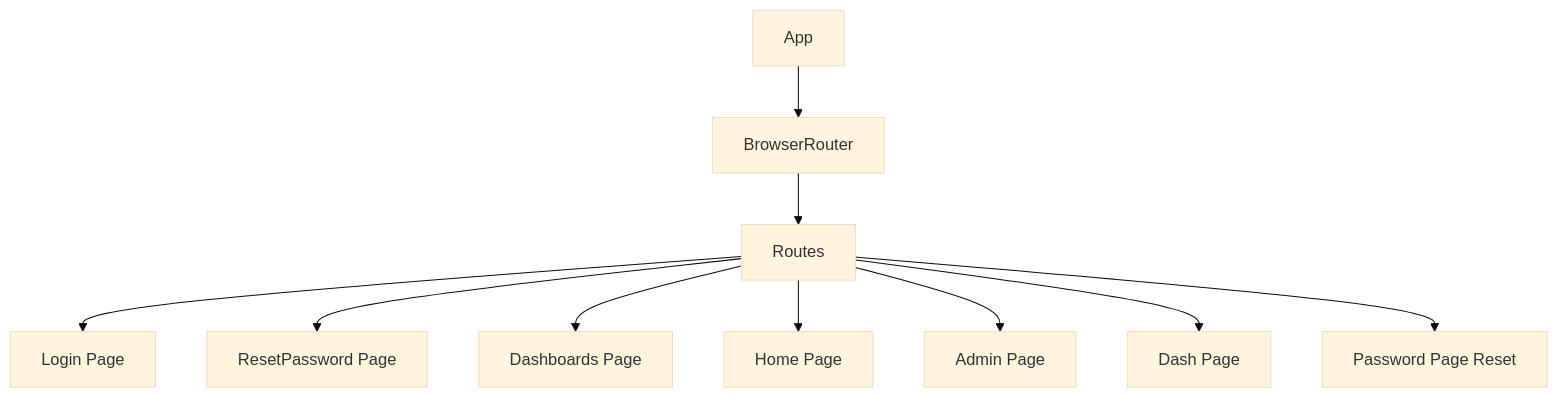
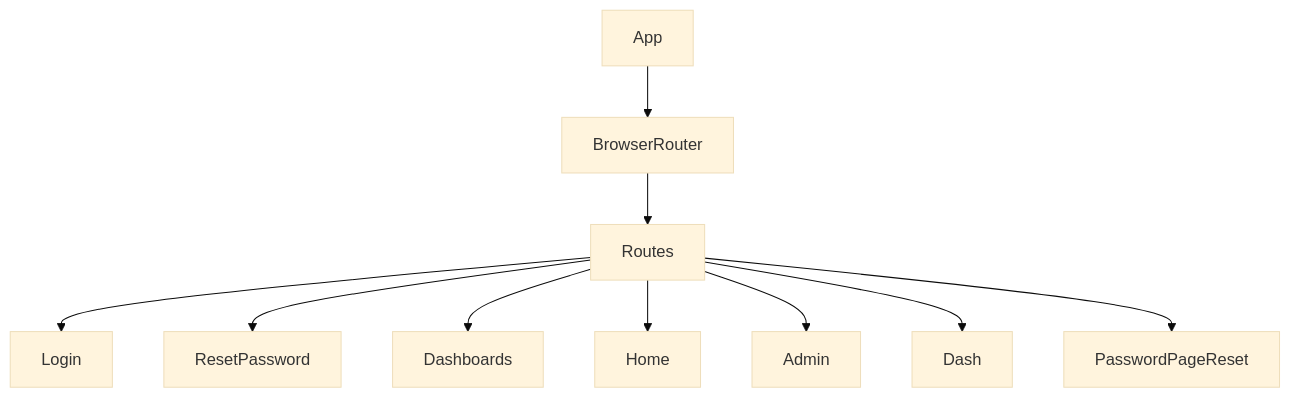
One commit to test-company-prowiz/maxify_frontend changed the diagram in docs/src/App.jsx.md. Above: the diagram before and after it, drawn with Mermaid (base theme). The commit also changed other lines of this file, not shown here.

Commit message:
[AI-DOC] docs: auto-generated documentation for docs/src/App.jsx.md

````diff
--- a/docs/src/App.jsx.md
+++ b/docs/src/App.jsx.md
@@ -41,12 +40,12 @@
 ```mermaid
 graph TD
-App --> BrowserRouter
-BrowserRouter --> Routes
-Routes --> Login[Login Page]
-Routes --> ResetPassword[ResetPassword Page]
-Routes --> Dashboards[Dashboards Page]
-Routes --> Home[Home Page]
-Routes --> Admin[Admin Page]
-Routes --> Dash[Dash Page]
-Routes --> PasswordReset[Password Page Reset]
+A[App] --> B[BrowserRouter]
+B --> C[Routes]
+C --> D[Login]
+C --> E[ResetPassword]
+C --> F[Dashboards]
+C --> G[Home]
+C --> H[Admin]
+C --> I[Dash]
+C --> J[PasswordPageReset]
 ```
````
